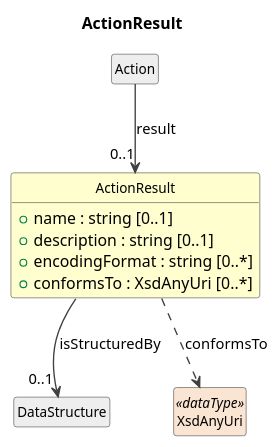
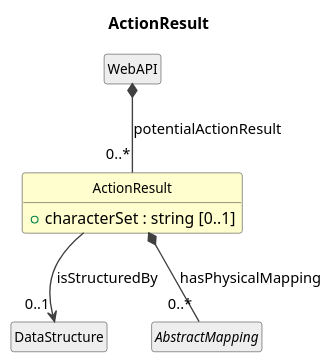
One commit to Cross-Domain-Interoperability-Framework/metadataBuildingBlocks changed the diagram in cdif-uml-model/DataDescriptionWithStructure/Classes/ActionResult.pu. Above: the diagram before and after it, drawn with PlantUML. The commit also changed 834 other files, not shown here.

```diff
--- a/cdif-uml-model/DataDescriptionWithStructure/Classes/ActionResult.pu
+++ b/cdif-uml-model/DataDescriptionWithStructure/Classes/ActionResult.pu
@@ -1,26 +1,23 @@
 @startuml
 title ActionResult
 hide circle
 hide empty members
 skinparam shadowing false
 skinparam ArrowThickness 1.2
 skinparam class {
   ArrowColor #404040
   BorderColor #404040
   FontSize 12
 }
 
 class "ActionResult" as ActionResult #FEFECE {
-  +name : string [0..1]
-  +description : string [0..1]
-  +encodingFormat : string [0..*]
-  +conformsTo : XsdAnyUri [0..*]
+  +characterSet : string [0..1]
 }
-class "Action" as Action #EEEEEE
-Action --> "0..1" ActionResult : result
+class "WebAPI" as WebAPI #EEEEEE
+WebAPI *-- "0..*" ActionResult : potentialActionResult
 class "DataStructure" as DataStructure #EEEEEE
 ActionResult --> "0..1" DataStructure : isStructuredBy
-class "XsdAnyUri" as XsdAnyUri <<dataType>> #FAE5D3
-ActionResult ..> XsdAnyUri : conformsTo
+abstract class "AbstractMapping" as AbstractMapping #EEEEEE
+ActionResult *-- "0..*" AbstractMapping : hasPhysicalMapping
 
 @enduml
```
